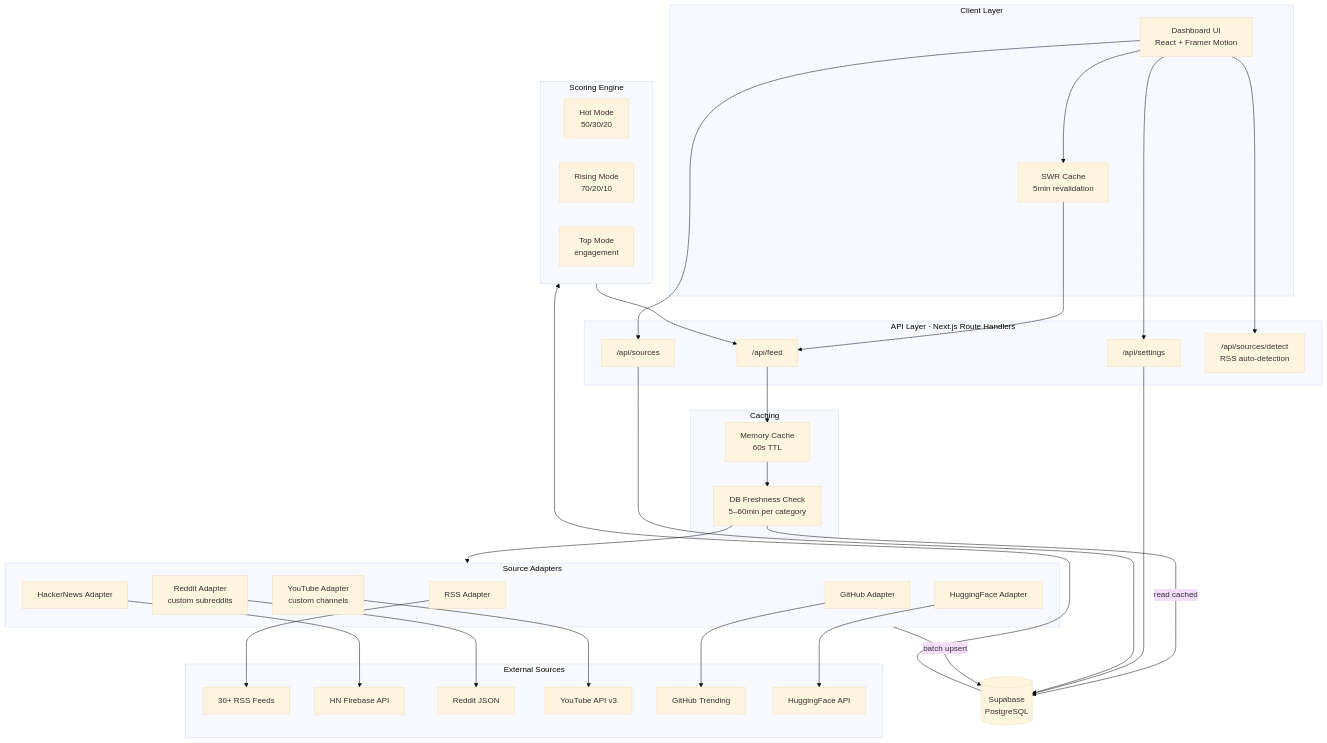
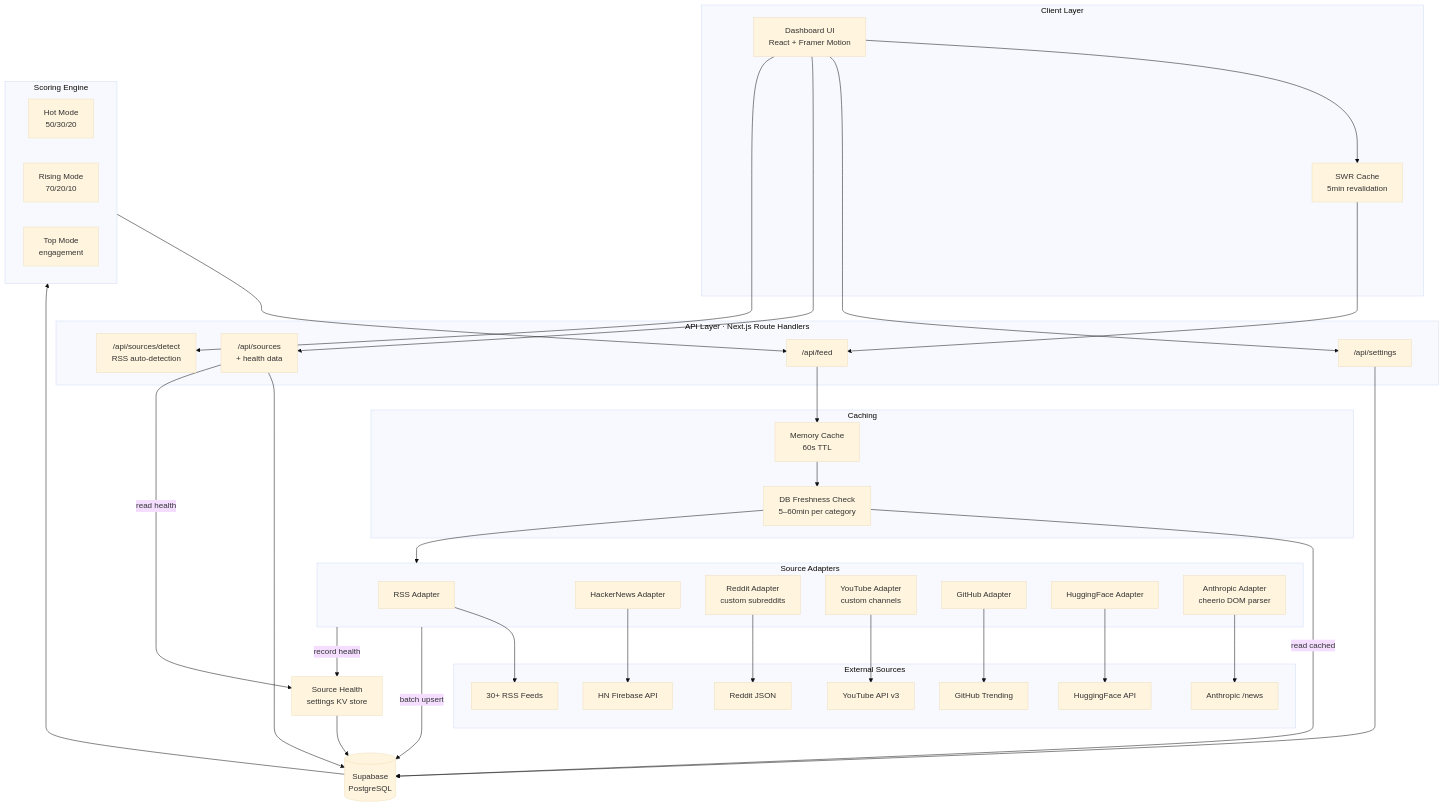
The diagram in docs/architecture.mmd (yairbederman/AI-Trends-Dashboard), drawn with Mermaid (base theme) before and after one commit. The commit also changed 11 other files, not shown here.

First line of the commit message:
Add cheerio parser for Anthropic adapter and source health monitoring

```diff
--- a/docs/architecture.mmd
+++ b/docs/architecture.mmd
@@ -1,68 +1,75 @@
 flowchart TD
     subgraph Client["Client Layer"]
         UI[Dashboard UI<br/>React + Framer Motion]
         SWR[SWR Cache<br/>5min revalidation]
     end
 
     subgraph API["API Layer · Next.js Route Handlers"]
         Feed["/api/feed"]
         Settings["/api/settings"]
-        Sources["/api/sources"]
+        Sources["/api/sources<br/>+ health data"]
         Detect["/api/sources/detect<br/>RSS auto-detection"]
     end
 
     subgraph Cache["Caching"]
         MemCache[Memory Cache<br/>60s TTL]
         DBCache[DB Freshness Check<br/>5–60min per category]
     end
 
     subgraph Adapters["Source Adapters"]
         RSS[RSS Adapter]
         HN[HackerNews Adapter]
         Reddit[Reddit Adapter<br/>custom subreddits]
         YT[YouTube Adapter<br/>custom channels]
         GH[GitHub Adapter]
         HF[HuggingFace Adapter]
+        Anth[Anthropic Adapter<br/>cheerio DOM parser]
     end
 
     subgraph Scoring["Scoring Engine"]
         Hot[Hot Mode<br/>50/30/20]
         Rising[Rising Mode<br/>70/20/10]
         Top[Top Mode<br/>engagement]
     end
 
     subgraph External["External Sources"]
         RSSFeeds[30+ RSS Feeds]
         HNAPI[HN Firebase API]
         RedditJSON[Reddit JSON]
         YTAPI[YouTube API v3]
         GHTrending[GitHub Trending]
         HFAPI[HuggingFace API]
+        AnthNews[Anthropic /news]
     end
 
     DB[(Supabase<br/>PostgreSQL)]
+    Health[Source Health<br/>settings KV store]
 
     UI --> SWR
     SWR --> Feed
     UI --> Settings
     UI --> Sources
     UI --> Detect
 
     Feed --> MemCache
     MemCache --> DBCache
     DBCache --> Adapters
 
     RSS --> RSSFeeds
     HN --> HNAPI
     Reddit --> RedditJSON
     YT --> YTAPI
     GH --> GHTrending
     HF --> HFAPI
+    Anth --> AnthNews
 
     Adapters -->|batch upsert| DB
+    Adapters -->|record health| Health
     DBCache -->|read cached| DB
     Settings --> DB
     Sources --> DB
+    Sources -->|read health| Health
+    Health --> DB
 
     DB --> Scoring
     Scoring --> Feed
```
